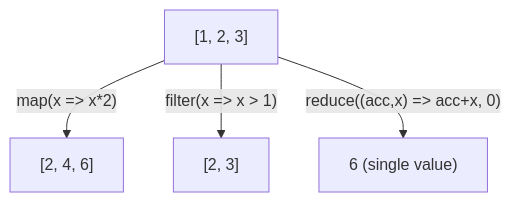
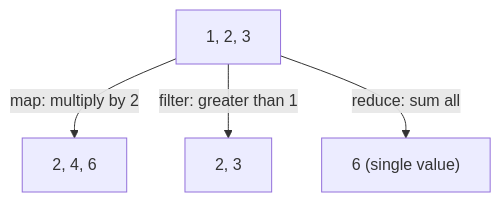
Before and after one commit to DipanPramanik098/Thunder-100-Days-Of-Code: the fourth of 19 diagrams in _01_JavaScript/JavaScript.md, drawn with Mermaid. The commit also changed other lines of this file, not shown here.

````diff
--- a/_01_JavaScript/JavaScript.md
+++ b/_01_JavaScript/JavaScript.md
@@ -270,6 +270,6 @@
 ```mermaid
 flowchart TD
-    A["[1, 2, 3]"] -->|"map(x => x*2)"| B["[2, 4, 6]"]
-    A -->|"filter(x => x > 1)"| C["[2, 3]"]
-    A -->|"reduce((acc,x) => acc+x, 0)"| D["6 (single value)"]
+    A["1, 2, 3"] -->|"map: multiply by 2"| B["2, 4, 6"]
+    A -->|"filter: greater than 1"| C["2, 3"]
+    A -->|"reduce: sum all"| D["6 (single value)"]
 ```
````
